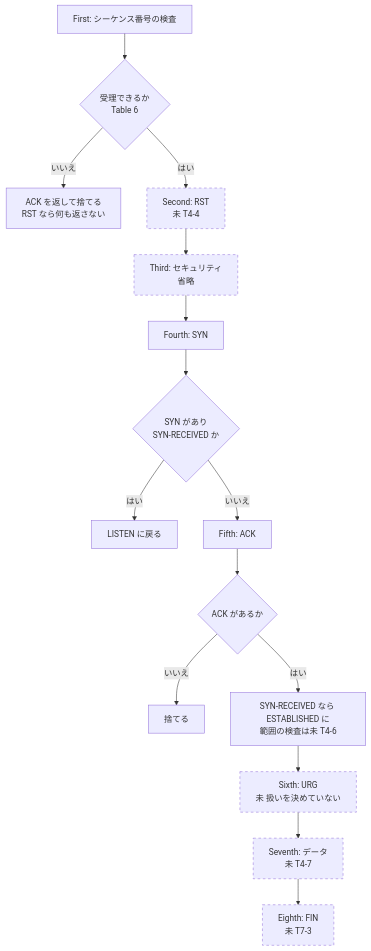
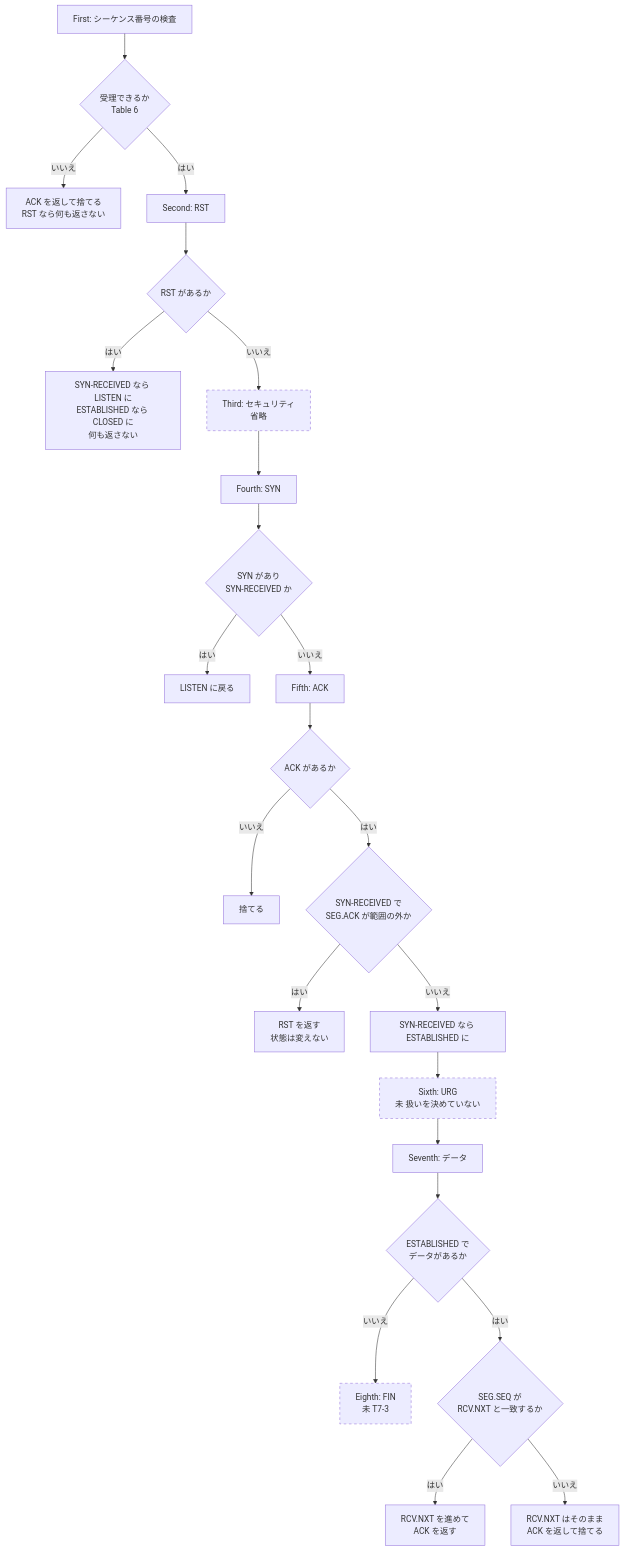
Before and after one commit to no2ca/go-tuntcp: the second of 3 diagrams in internal/stack/README.md, drawn with Mermaid. The commit also changed other lines of this file and 5 other files, not shown here.

First line of the commit message:
stack: RST の受信、ACK の範囲の検査、データへの ACK を実装した

````diff
--- a/internal/stack/README.md
+++ b/internal/stack/README.md
@@ -36,20 +36,28 @@
 ```mermaid
 flowchart TD
     s1["First: シーケンス番号の検査"] --> a1{"受理できるか<br/>Table 6"}
     a1 -- いいえ --> r1["ACK を返して捨てる<br/>RST なら何も返さない"]
-    a1 -- はい --> s2["Second: RST<br/>未 T4-4"]
-    s2 --> s3["Third: セキュリティ<br/>省略"]
+    a1 -- はい --> s2["Second: RST"]
+    s2 --> a2{"RST があるか"}
+    a2 -- はい --> r2["SYN-RECEIVED なら LISTEN に<br/>ESTABLISHED なら CLOSED に<br/>何も返さない"]
+    a2 -- いいえ --> s3["Third: セキュリティ<br/>省略"]
     s3 --> s4["Fourth: SYN"]
     s4 --> a4{"SYN があり<br/>SYN-RECEIVED か"}
     a4 -- はい --> r4["LISTEN に戻る"]
     a4 -- いいえ --> s5["Fifth: ACK"]
     s5 --> a5{"ACK があるか"}
     a5 -- いいえ --> r5["捨てる"]
-    a5 -- はい --> e5["SYN-RECEIVED なら ESTABLISHED に<br/>範囲の検査は未 T4-6"]
+    a5 -- はい --> b5{"SYN-RECEIVED で<br/>SEG.ACK が範囲の外か"}
+    b5 -- はい --> r5b["RST を返す<br/>状態は変えない"]
+    b5 -- いいえ --> e5["SYN-RECEIVED なら ESTABLISHED に"]
     e5 --> s6["Sixth: URG<br/>未 扱いを決めていない"]
-    s6 --> s7["Seventh: データ<br/>未 T4-7"]
-    s7 --> s8["Eighth: FIN<br/>未 T7-3"]
+    s6 --> s7["Seventh: データ"]
+    s7 --> a7{"ESTABLISHED で<br/>データがあるか"}
+    a7 -- いいえ --> s8["Eighth: FIN<br/>未 T7-3"]
+    a7 -- はい --> b7{"SEG.SEQ が<br/>RCV.NXT と一致するか"}
+    b7 -- はい --> r7a["RCV.NXT を進めて<br/>ACK を返す"]
+    b7 -- いいえ --> r7b["RCV.NXT はそのまま<br/>ACK を返して捨てる"]
 
     classDef todo stroke-dasharray: 5 5
-    class s2,s3,s6,s7,s8 todo
+    class s3,s6,s8 todo
 ```
````
